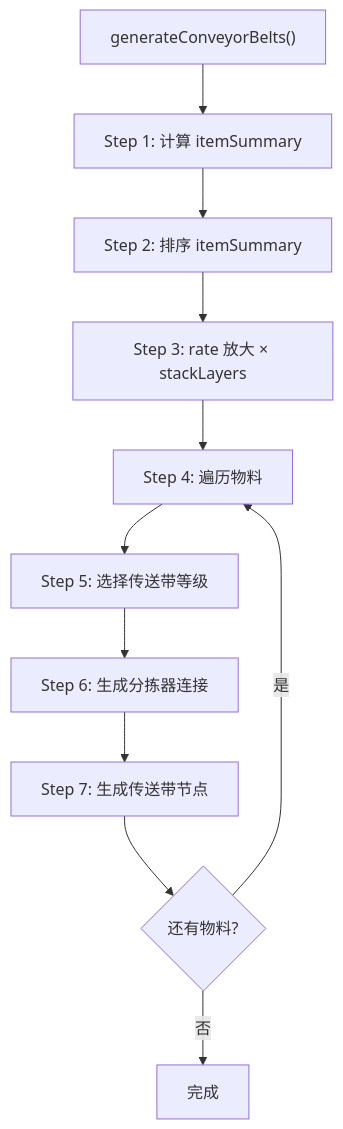
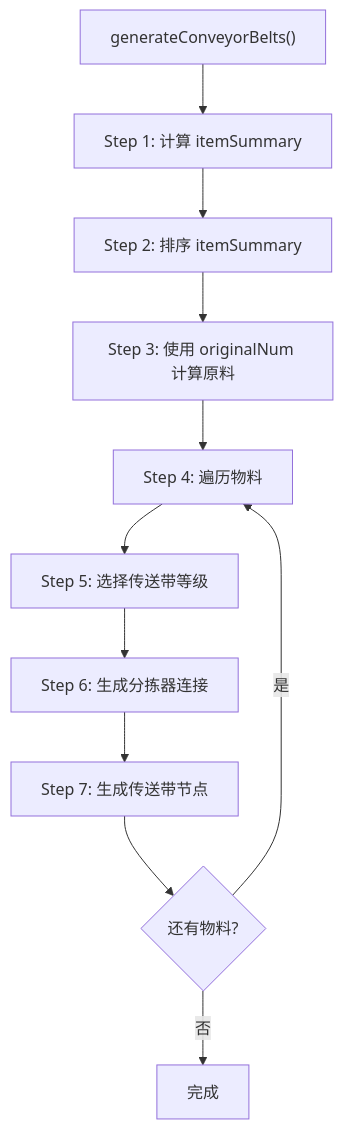
Before and after one commit to 793383996/DSQ: the seventh of 15 diagrams in localDocs/蓝图堆叠模块详细说明.md, drawn with Mermaid. The commit also changed other lines of this file and 9 other files, not shown here.

First line of the commit message:
docs: 添加本地文档说明蓝图、data模块和整体架构

````diff
--- a/localDocs/蓝图堆叠模块详细说明.md
+++ b/localDocs/蓝图堆叠模块详细说明.md
@@ -859,13 +855,13 @@
 ```mermaid
 flowchart TD
     A["generateConveyorBelts()"] --> B["Step 1: 计算 itemSummary"]
     B --> C["Step 2: 排序 itemSummary"]
-    C --> D["Step 3: rate 放大 × stackLayers"]
+    C --> D["Step 3: 使用 originalNum 计算原料"]
     D --> E["Step 4: 遍历物料"]
     E --> F["Step 5: 选择传送带等级"]
     F --> G["Step 6: 生成分拣器连接"]
     G --> H["Step 7: 生成传送带节点"]
     H --> I{还有物料?}
     I -->|是| E
     I -->|否| J["完成"]
 ```
````
